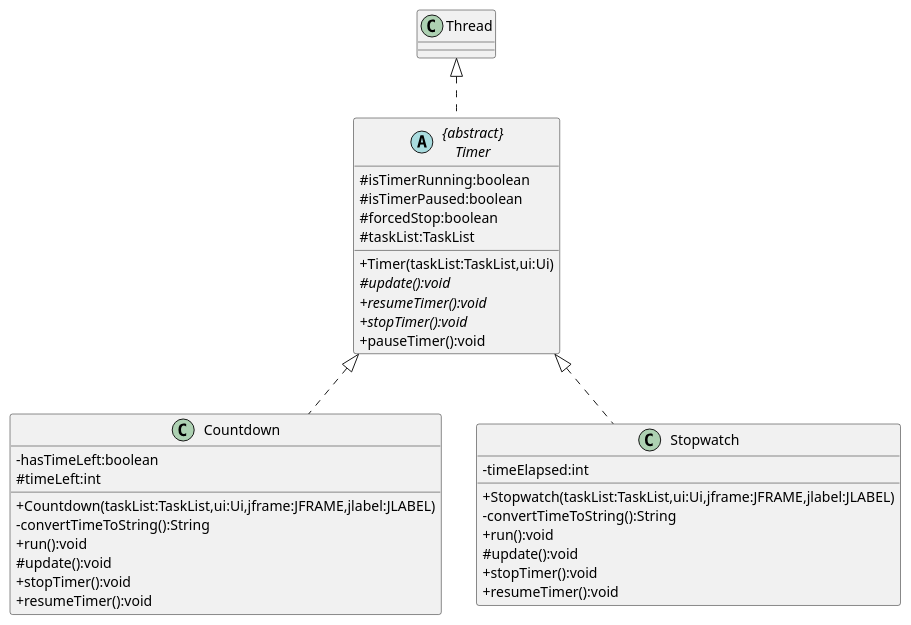
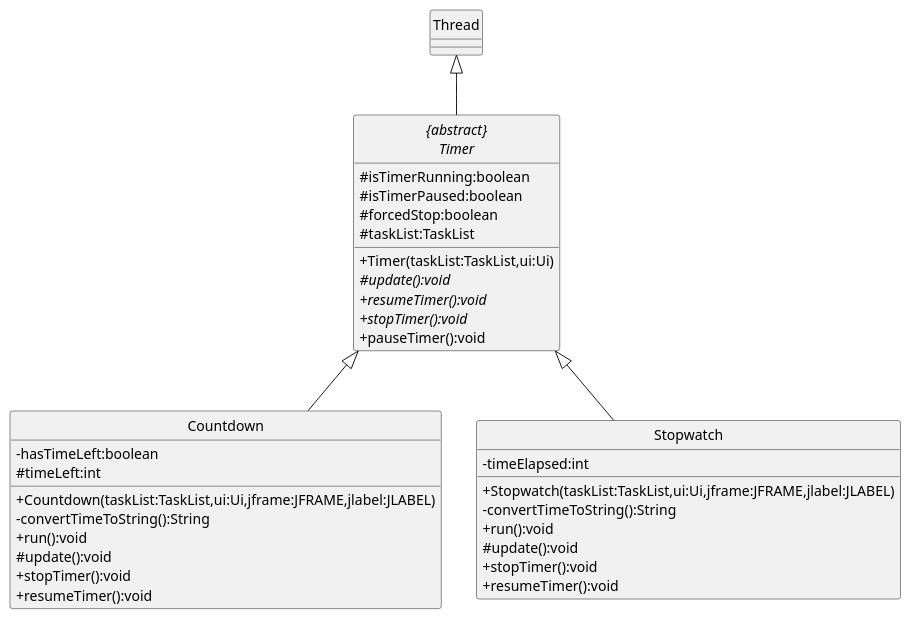
The diagram in docs/puml/TimerClassDiagram.puml (nus-cs2113-AY2122S2/tp), drawn with PlantUML before and after one commit. The commit also changed 1 other file, not shown here.

Commit message:
Update TimerClassDiagram in developer guide

```diff
--- a/docs/puml/TimerClassDiagram.puml
+++ b/docs/puml/TimerClassDiagram.puml
@@ -1,46 +1,47 @@
 @startuml
 'https://plantuml.com/class-diagram
 skinparam classAttributeIconSize 0
+hide circle
 abstract class "{abstract}\nTimer" as Timer
 class Countdown
 class Stopwatch
 
-Thread <|.. Timer
-Timer <|.. Countdown
-Timer <|.. Stopwatch
+Thread <|-- Timer
+Timer <|-- Countdown
+Timer <|-- Stopwatch
 
 
 abstract class Timer {
     # isTimerRunning:boolean
     # isTimerPaused:boolean
     # forcedStop:boolean
     # taskList:TaskList
     + Timer(taskList:TaskList,ui:Ui)
     # update():void {abstract}
     + resumeTimer():void {abstract}
     + stopTimer():void {abstract}
     + pauseTimer():void
 }
 
 class Countdown {
     -hasTimeLeft:boolean
     #timeLeft:int
     +Countdown(taskList:TaskList,ui:Ui,jframe:JFRAME,jlabel:JLABEL)
     -convertTimeToString():String
     +run():void
     #update():void
     +stopTimer():void
     +resumeTimer():void
 }
 
 class Stopwatch {
     -timeElapsed:int
     +Stopwatch(taskList:TaskList,ui:Ui,jframe:JFRAME,jlabel:JLABEL)
     -convertTimeToString():String
     +run():void
     #update():void
     +stopTimer():void
     +resumeTimer():void
 }
 
 @enduml
```
